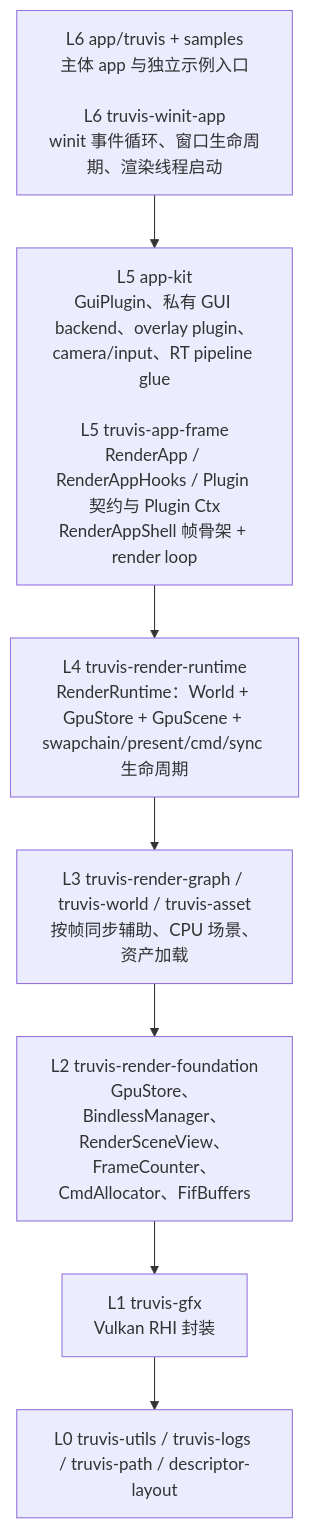
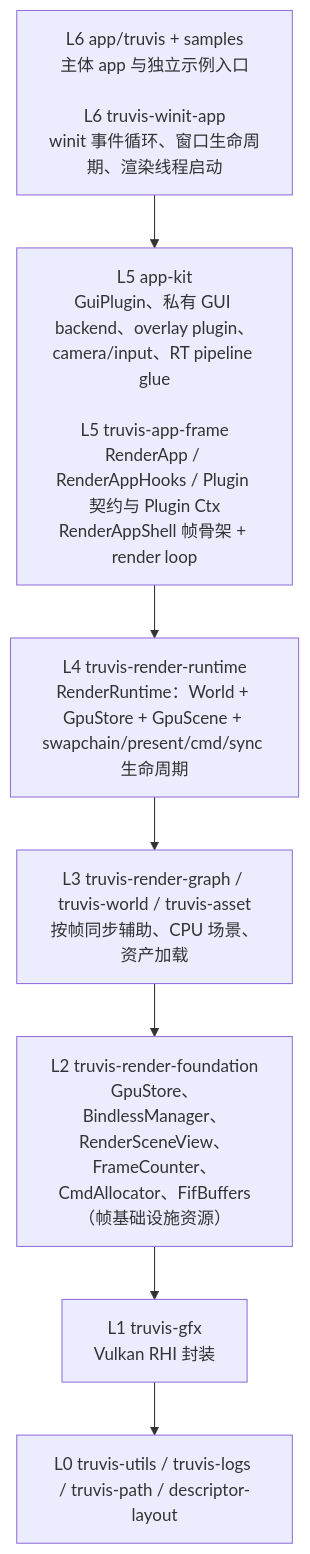
The first of 7 diagrams in ARCHITECTURE.md (acccoco/TruvisRenderer), drawn with Mermaid before and after one commit. The commit also changed other lines of this file and 7 other files, not shown here.

````diff
--- a/ARCHITECTURE.md
+++ b/ARCHITECTURE.md
@@ -9,12 +9,12 @@
 ```mermaid
 flowchart TB
     L6["L6 app/truvis + samples<br/>主体 app 与独立示例入口<br/><br/>L6 truvis-winit-app<br/>winit 事件循环、窗口生命周期、渲染线程启动"]
     L5["L5 app-kit<br/>GuiPlugin、私有 GUI backend、overlay plugin、camera/input、RT pipeline glue<br/><br/>L5 truvis-app-frame<br/>RenderApp / RenderAppHooks / Plugin 契约与 Plugin Ctx<br/>RenderAppShell 帧骨架 + render loop"]
     L4["L4 truvis-render-runtime<br/>RenderRuntime：World + GpuStore + GpuScene + swapchain/present/cmd/sync 生命周期"]
     L3["L3 truvis-render-graph / truvis-world / truvis-asset<br/>按帧同步辅助、CPU 场景、资产加载"]
-    L2["L2 truvis-render-foundation<br/>GpuStore、BindlessManager、RenderSceneView、FrameCounter、CmdAllocator、FifBuffers"]
+    L2["L2 truvis-render-foundation<br/>GpuStore、BindlessManager、RenderSceneView、FrameCounter、CmdAllocator、FifBuffers（帧基础设施资源）"]
     L1["L1 truvis-gfx<br/>Vulkan RHI 封装"]
     L0["L0 truvis-utils / truvis-logs / truvis-path / descriptor-layout"]
 
     L6 --> L5 --> L4 --> L3 --> L2 --> L1 --> L0
 ```
````
